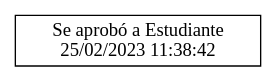
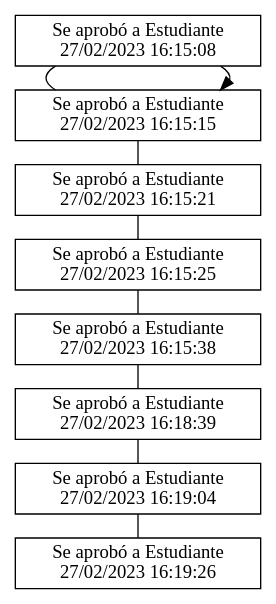
One commit to Barahona1602/Sistema-de-Archivos changed the diagram in EDD_Proyecto1_Fase1/Aprobación de estudiantes/admin.dot. Above: the diagram before and after it, drawn with Graphviz. The commit also changed 10 other files, not shown here.

```diff
--- a/EDD_Proyecto1_Fase1/Aprobación de estudiantes/admin.dot
+++ b/EDD_Proyecto1_Fase1/Aprobación de estudiantes/admin.dot
@@ -1,9 +1,23 @@
 digraph {
 rankdir=LR;
 node [shape=box]
 {rank=same "Se aprobó a Estudiante
-25/02/2023 11:38:42"}
+27/02/2023 16:15:08" -> "Se aprobó a Estudiante
+27/02/2023 16:15:15""Se aprobó a Estudiante
+27/02/2023 16:15:21""Se aprobó a Estudiante
+27/02/2023 16:15:25""Se aprobó a Estudiante
+27/02/2023 16:15:38""Se aprobó a Estudiante
+27/02/2023 16:18:39""Se aprobó a Estudiante
+27/02/2023 16:19:04""Se aprobó a Estudiante
+27/02/2023 16:19:26"}
 edge [dir=none]
 {rank=same "Se aprobó a Estudiante
-25/02/2023 11:38:42"}
+27/02/2023 16:15:08" -> "Se aprobó a Estudiante
+27/02/2023 16:15:15" -> "Se aprobó a Estudiante
+27/02/2023 16:15:21" -> "Se aprobó a Estudiante
+27/02/2023 16:15:25" -> "Se aprobó a Estudiante
+27/02/2023 16:15:38" -> "Se aprobó a Estudiante
+27/02/2023 16:18:39" -> "Se aprobó a Estudiante
+27/02/2023 16:19:04" -> "Se aprobó a Estudiante
+27/02/2023 16:19:26"}
 }
```
